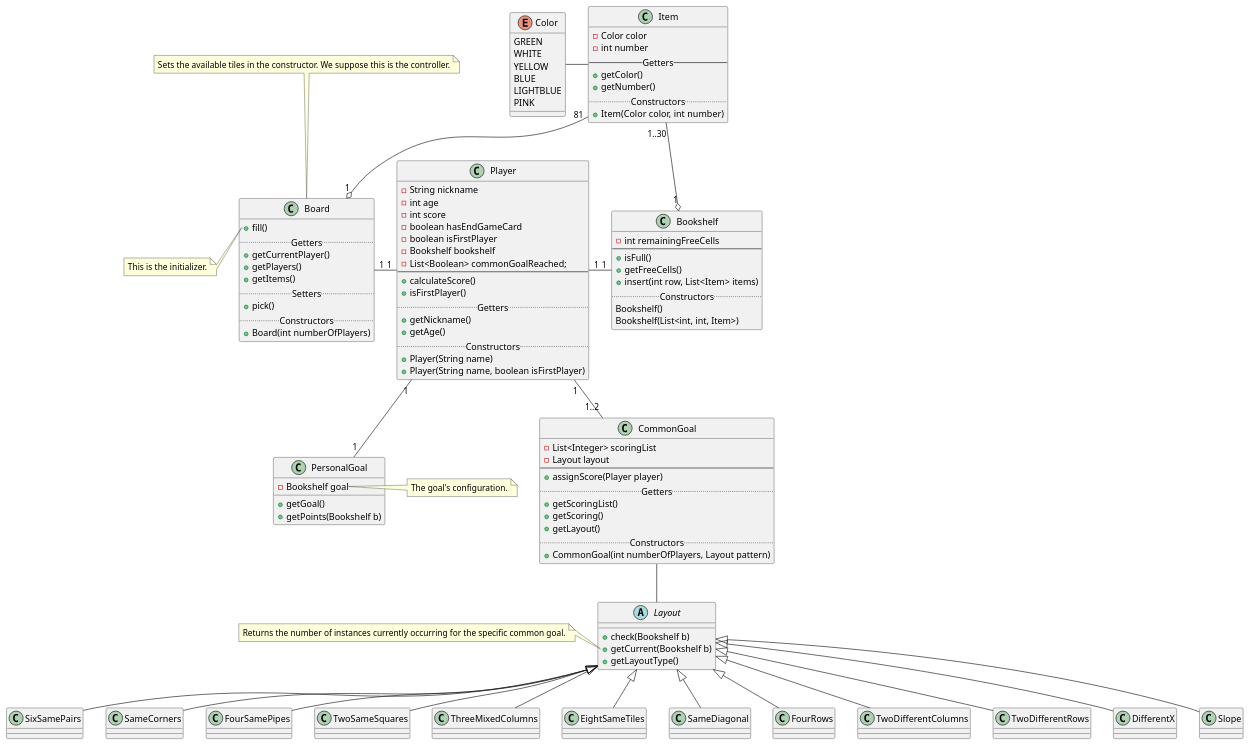
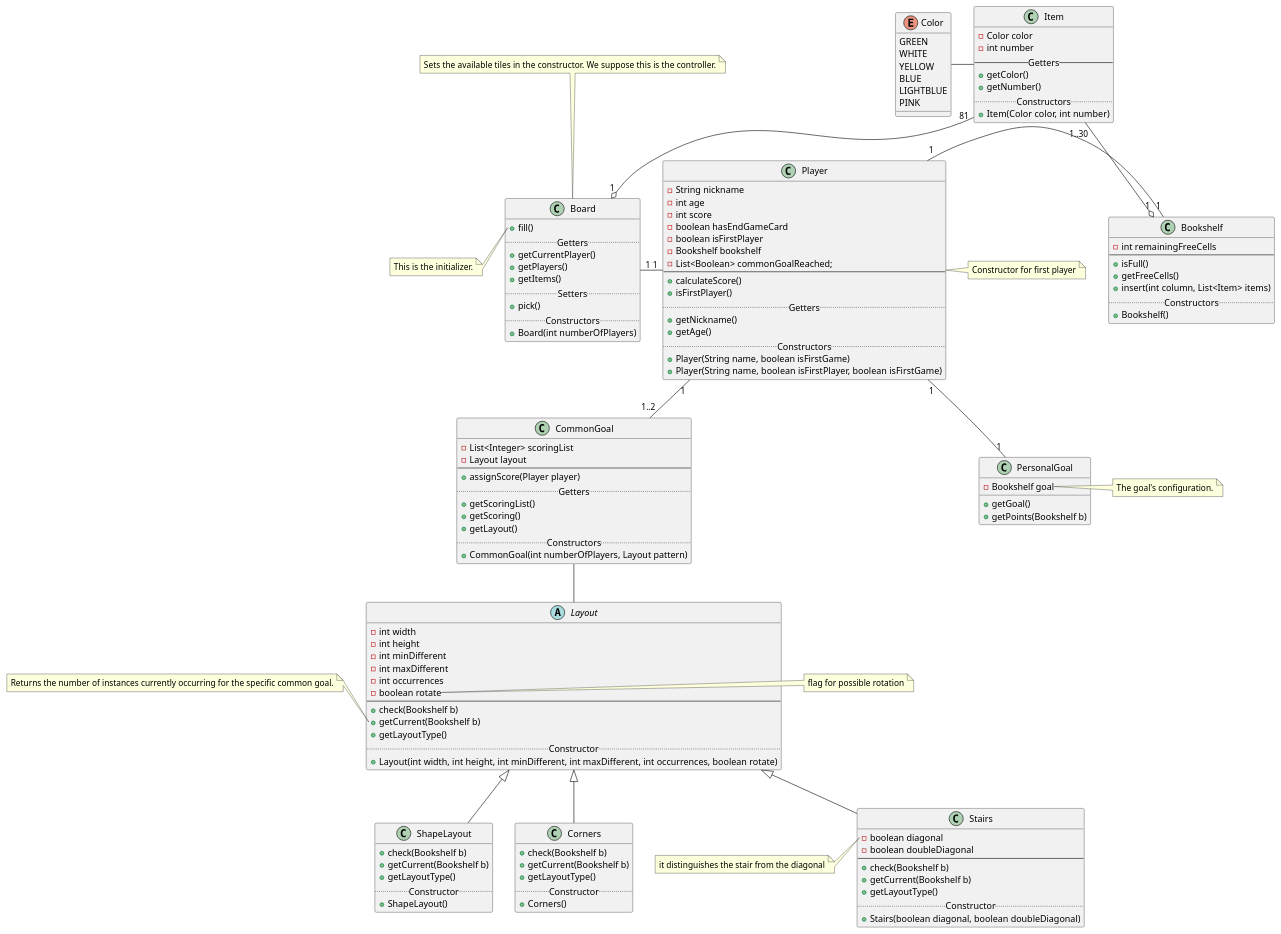
One commit to dltmtt/IS23-AM13 changed the diagram in docs/Initial class diagram.puml. Above: the diagram before and after it, drawn with PlantUML.

Commit message:
-Added new methods in Player; -Canceled the 12 classes for CommonGoals and added the three classes ShapeLayout, Corners and Stairs; - Modified Layout(added new parameters); -Added HashMap and int reached in PersonalGoal;

```diff
--- a/docs/Initial class diagram.puml
+++ b/docs/Initial class diagram.puml
@@ -1,134 +1,178 @@
 @startuml
 'The controller will receiver the move command from the client and
 'will call remove and insert on the board and the bookshelf.
 'The link Board-Player is a static list.
 'The reference to CommonGoal (a list of 1 or 2 elements) is static.
 'The checks, like Bookshelf's checkComplete, go in the client.
 'Consider aggregating the layouts (with parameters).
 '[] Add a method setNickname (in Player?).
 '[] Convert Bookshelf goal in a hashMap.
 '[] Add a method drawCards.
 '[] Add (somewhere) a check for the insertion in the bookshelf of the selection.
 '[] Check when the board has to be refilled.
 
+
+
 class Board
 note top: Sets the available tiles in the constructor. We suppose this is the controller.
-
 Player "1" -- "1..2" CommonGoal
 Player "1" -- "1" PersonalGoal
 Player "1" - "1" Bookshelf
 Board "1" - "1" Player
 Item "81" --o "1" Board
 Item "1..30" --o "1" Bookshelf
 Color - Item
 CommonGoal -- Layout
 
 class Item {
     -Color color
     -int number
     -- Getters --
     +getColor()
     +getNumber()
     .. Constructors ..
     +Item(Color color, int number)
 }
 
 class PersonalGoal {
     -Bookshelf goal
     +getGoal()
     +getPoints(Bookshelf b)
 }
+
+note left of PersonalGoal::reached
+    it indicates the number of cells filled with the "right colour"
+end note
+
 note right of PersonalGoal::goal
     The goal's configuration.
 end note
 
 class Player {
     -String nickname
     -int age
     -int score
     -boolean hasEndGameCard
     -boolean isFirstPlayer
     -Bookshelf bookshelf
     -List<Boolean> commonGoalReached;
     --
     +calculateScore()
     +isFirstPlayer()
     .. Getters ..
     +getNickname()
     +getAge()
     .. Constructors ..
-    +Player(String name)
-    +Player(String name, boolean isFirstPlayer)
+    +Player(String name, boolean isFirstGame)
+    +Player(String name, boolean isFirstPlayer, boolean isFirstGame)
 }
+
+note right of Player
+    Constructor for first player
+end note
 
 class Board {
     +fill()
     .. Getters ..
     +getCurrentPlayer()
     +getPlayers()
     +getItems()
     .. Setters ..
     +pick()
     .. Constructors ..
     +Board(int numberOfPlayers)
 }
 
 note left of Board::fill
     This is the initializer.
 end note
 
 class CommonGoal {
     -List<Integer> scoringList
     -Layout layout
     ---
     +assignScore(Player player)
     .. Getters ..
     +getScoringList()
     +getScoring()
     +getLayout()
     .. Constructors ..
     +CommonGoal(int numberOfPlayers, Layout pattern)
 }
 
 enum Color {
     GREEN
     WHITE
     YELLOW
     BLUE
     LIGHTBLUE
     PINK
 }
 
 class Bookshelf {
     -int remainingFreeCells
     ---
     +isFull()
     +getFreeCells()
-    +insert(int row, List<Item> items)
+    +insert(int column, List<Item> items)
     ..Constructors..
-    Bookshelf()
-    Bookshelf(List<int, int, Item>)
+    +Bookshelf()
 }
 
 abstract Layout {
+    -int width
+    -int height
+    -int minDifferent
+    -int maxDifferent
+    -int occurrences
+    -boolean rotate
+    ---
     +check(Bookshelf b)
     +getCurrent(Bookshelf b)
     +getLayoutType()
+    ..Constructor..
+    +Layout(int width, int height, int minDifferent, int maxDifferent, int occurrences, boolean rotate)
 }
+
+note right of Layout::rotate
+    flag for possible rotation
+end note
+
 note left of Layout::getCurrent
     Returns the number of instances currently occurring for the specific common goal.
 end note
 
-class SixSamePairs extends Layout
-class SameCorners extends Layout
-class FourSamePipes extends Layout
-class TwoSameSquares extends Layout
-class ThreeMixedColumns extends Layout
-class EightSameTiles extends Layout
-class SameDiagonal extends Layout
-class FourRows extends Layout
-class TwoDifferentColumns extends Layout
-class TwoDifferentRows extends Layout
-class DifferentX extends Layout
-class Slope extends Layout
+class ShapeLayout extends Layout{
+    +check(Bookshelf b)
+    +getCurrent(Bookshelf b)
+    +getLayoutType()
+    ..Constructor..
+    +ShapeLayout()
+}
+
+class Stairs extends Layout{
+    -boolean diagonal
+    -boolean doubleDiagonal
+    ---
+    +check(Bookshelf b)
+        +getCurrent(Bookshelf b)
+        +getLayoutType()
+    ....Constructor....
+    +Stairs(boolean diagonal, boolean doubleDiagonal)
+}
+
+note left of Stairs::diagonal
+    it distinguishes the stair from the diagonal
+end note
+
+class Corners extends Layout{
+    +check(Bookshelf b)
+    +getCurrent(Bookshelf b)
+    +getLayoutType()
+    ..Constructor..
+    +Corners()
+}
+
+
+
 @enduml
```
